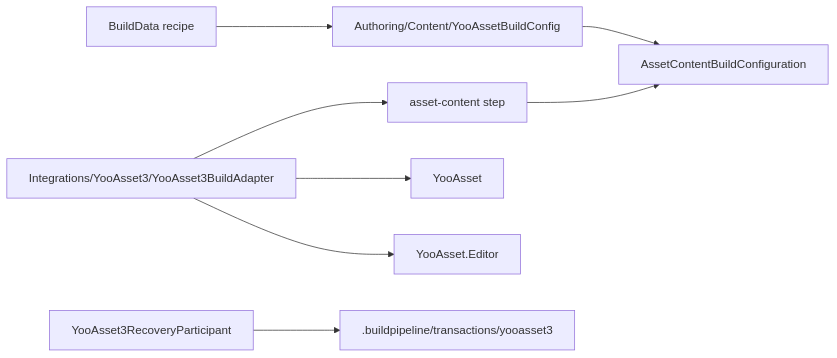
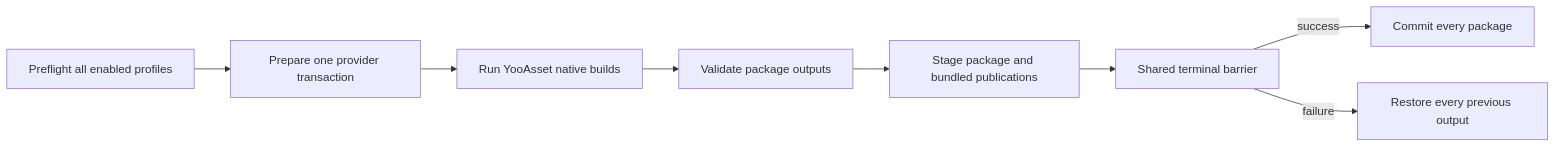
The diagram in UnityStarter/Assets/Build/Editor/BuildPipeline/Integrations/YooAsset3/README.md (MaiKuraki/UnityStarter), drawn with Mermaid before and after one commit. The commit also changed other lines of this file and 19 other files, not shown here.

````diff
--- a/UnityStarter/Assets/Build/Editor/BuildPipeline/Integrations/YooAsset3/README.md
+++ b/UnityStarter/Assets/Build/Editor/BuildPipeline/Integrations/YooAsset3/README.md
@@ -9,10 +56,10 @@
 ```mermaid
 flowchart LR
-    Profile["BuildData recipe"] --> Config["Authoring/Content/YooAssetBuildConfig"]
-    Config --> Contract["AssetContentBuildConfiguration"]
-    Step["asset-content step"] --> Contract
-    Adapter["Integrations/YooAsset3/YooAsset3BuildAdapter"] --> Step
-    Adapter --> Runtime["YooAsset"]
-    Adapter --> Editor["YooAsset.Editor"]
-    Recovery["YooAsset3RecoveryParticipant"] --> Journal[".buildpipeline/transactions/yooasset3"]
+    P["Preflight all enabled profiles"] --> S["Prepare one provider transaction"]
+    S --> N["Run YooAsset native builds"]
+    N --> V["Validate package outputs"]
+    V --> B["Stage package and bundled publications"]
+    B --> T["Shared terminal barrier"]
+    T -->|"success"| C["Commit every package"]
+    T -->|"failure"| R["Restore every previous output"]
 ```
````
